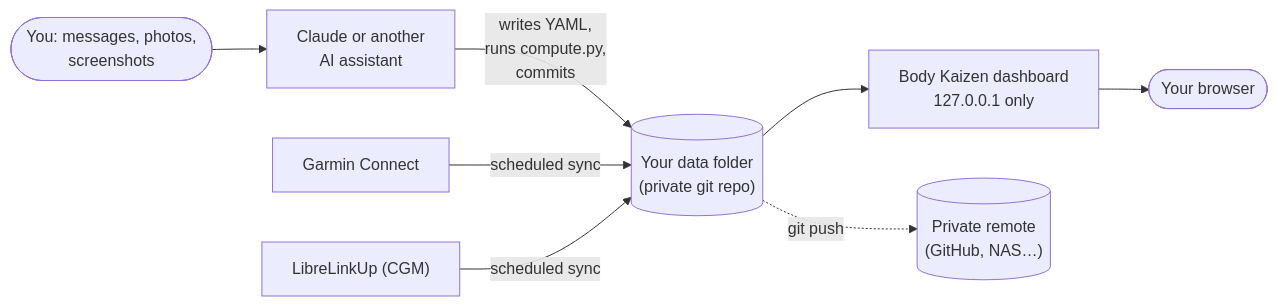
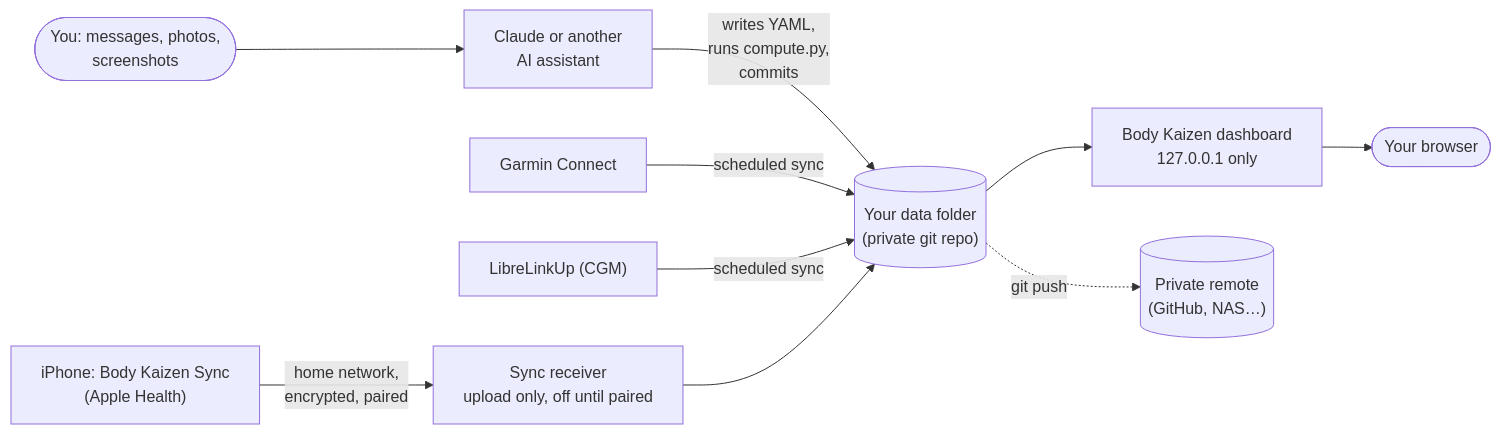
Before and after one commit to craigbennett1981/body-kaizen: the diagram in README.md, drawn with Mermaid. The commit also changed other lines of this file and 5 other files, not shown here.

First line of the commit message:
Docs for iPhone sync stage 1: the receiver in SECURITY.md, README, data folder, integrations, features

````diff
--- a/README.md
+++ b/README.md
@@ -203,10 +203,12 @@
 ```mermaid
 flowchart LR
     you(["You: messages, photos,<br/>screenshots"]) --> claude["Claude or another<br/>AI assistant"]
     claude -- "writes YAML,<br/>runs compute.py,<br/>commits" --> data[("Your data folder<br/>(private git repo)")]
     garmin["Garmin Connect"] -- "scheduled sync" --> data
     libre["LibreLinkUp (CGM)"] -- "scheduled sync" --> data
+    phone["iPhone: Body Kaizen Sync<br/>(Apple Health)"] -- "home network,<br/>encrypted, paired" --> rx["Sync receiver<br/>upload only, off until paired"]
+    rx --> data
     data --> dash["Body Kaizen dashboard<br/>127.0.0.1 only"]
     dash --> browser(["Your browser"])
     data -. "git push" .-> remote[("Private remote<br/>(GitHub, NAS…)")]
 ```
````
